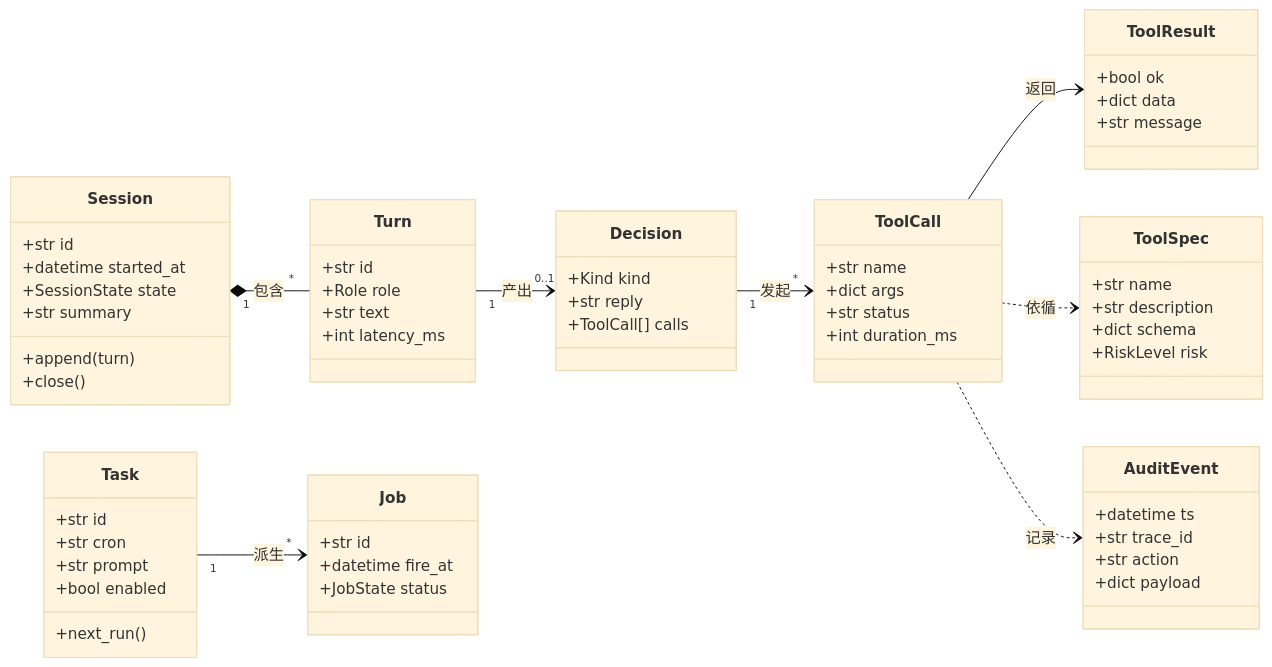
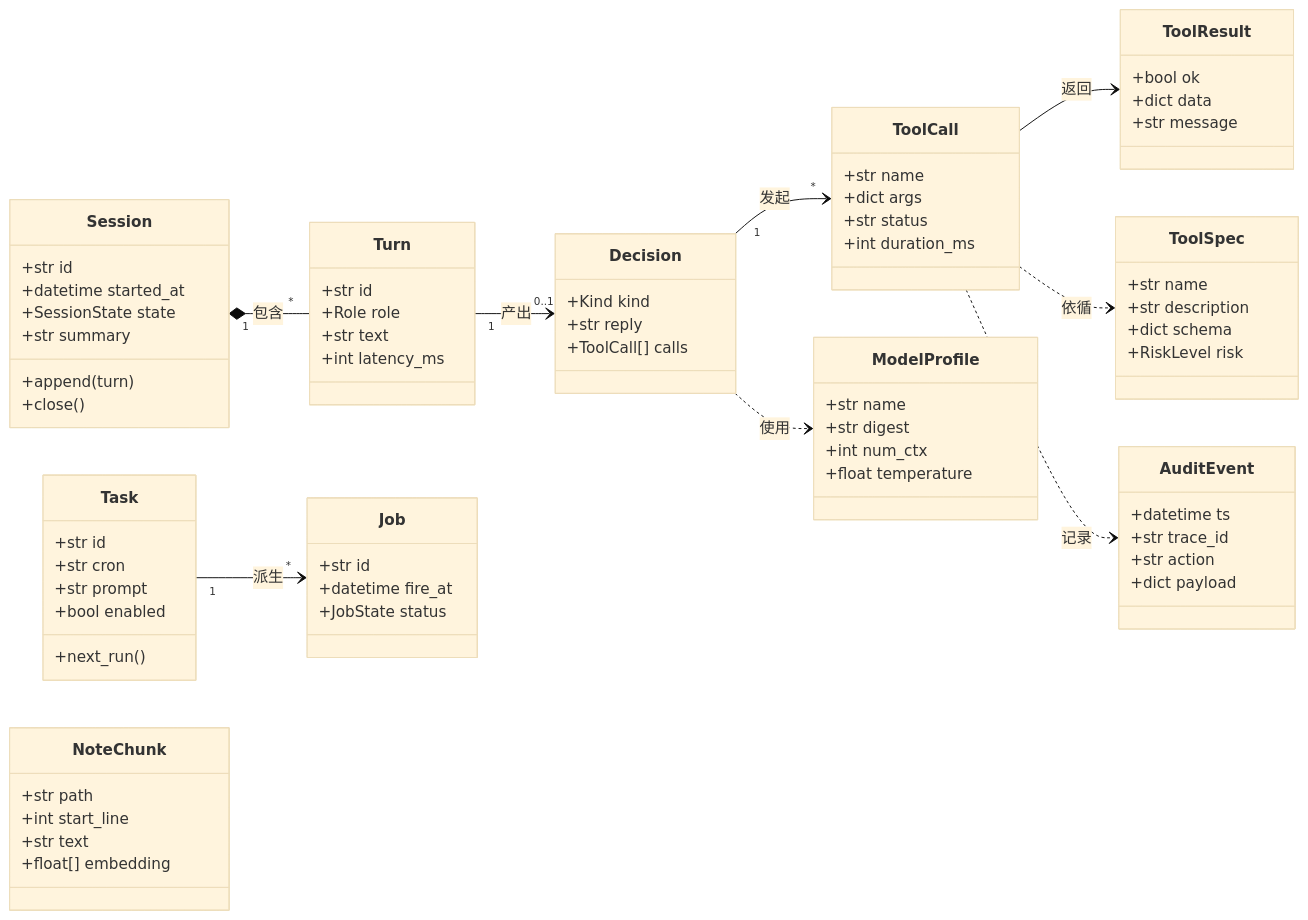
Before and after one commit to DongyueHAN/VoxDesk: the ninth of 9 diagrams in docs/03-architecture.md, drawn with Mermaid (base theme). The commit also changed other lines of this file, not shown here.

````diff
--- a/docs/03-architecture.md
+++ b/docs/03-architecture.md
@@ -217,67 +308,80 @@
 ```mermaid
-%% diagram: DM-01 领域模型 | updated: 2026-10-20
+%% diagram: DM-01 领域模型 | updated: 2026-10-26
 classDiagram
     direction LR
     class Session {
         +str id
         +datetime started_at
         +SessionState state
         +str summary
         +append(turn)
         +close()
     }
     class Turn {
         +str id
         +Role role
         +str text
         +int latency_ms
     }
     class Decision {
         +Kind kind
         +str reply
         +ToolCall[] calls
     }
     class ToolCall {
         +str name
         +dict args
         +str status
         +int duration_ms
     }
+    class ToolSpec {
+        +str name
+        +str description
+        +dict schema
+        +RiskLevel risk
+    }
     class ToolResult {
         +bool ok
         +dict data
         +str message
     }
     class Task {
         +str id
         +str cron
         +str prompt
         +bool enabled
         +next_run()
     }
     class Job {
         +str id
         +datetime fire_at
         +JobState status
     }
+    class ModelProfile {
+        +str name
+        +str digest
+        +int num_ctx
+        +float temperature
+    }
+    class NoteChunk {
+        +str path
+        +int start_line
+        +str text
+        +float[] embedding
+    }
     class AuditEvent {
         +datetime ts
         +str trace_id
         +str action
         +dict payload
-    }
-    class ToolSpec {
-        +str name
-        +str description
-        +dict schema
-        +RiskLevel risk
     }
 
     Session "1" *-- "*" Turn : 包含
     Turn "1" --> "0..1" Decision : 产出
     Decision "1" --> "*" ToolCall : 发起
     ToolCall --> ToolResult : 返回
     ToolCall ..> ToolSpec : 依循
     Task "1" --> "*" Job : 派生
+    Decision ..> ModelProfile : 使用
     ToolCall ..> AuditEvent : 记录
 ```
````
